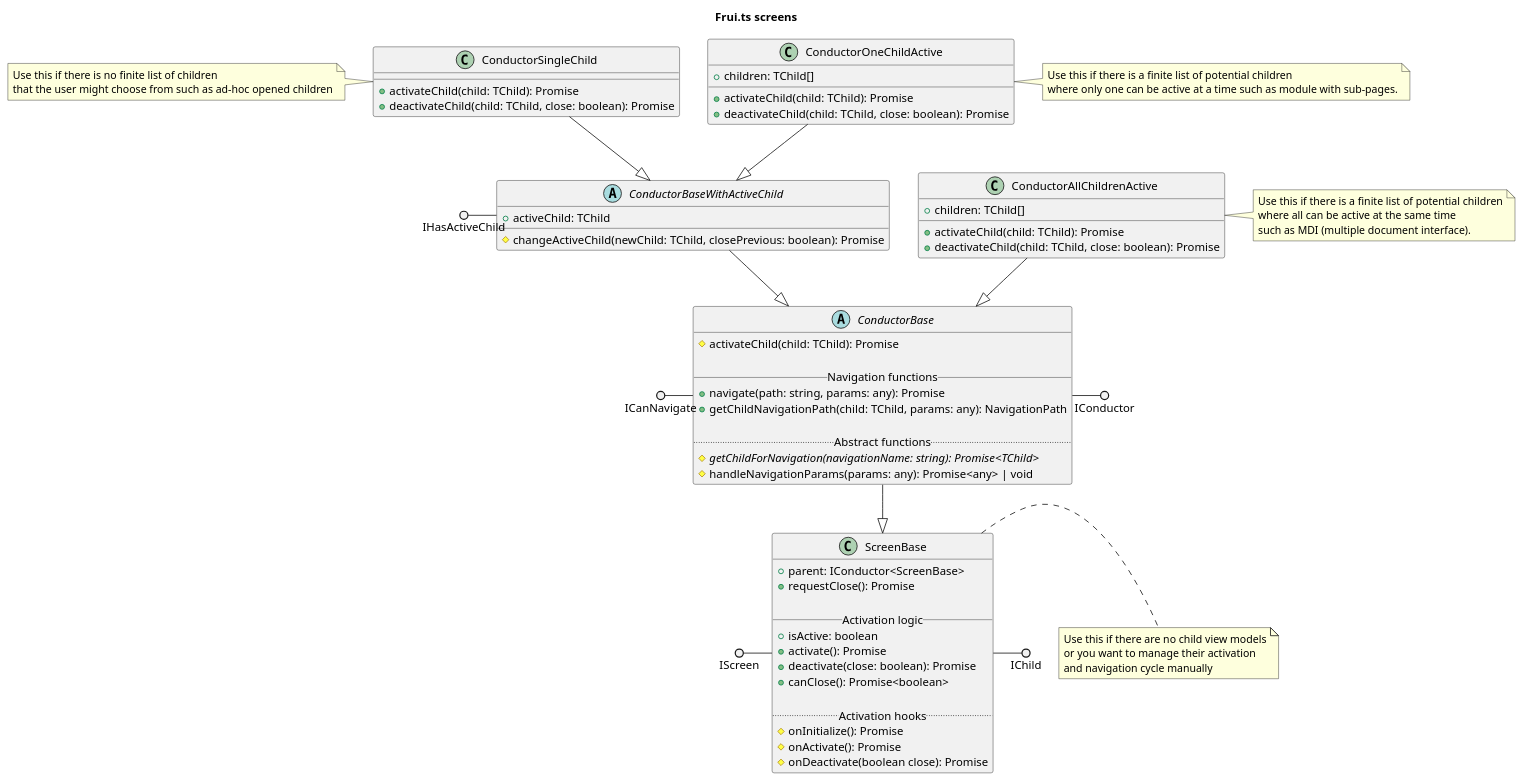
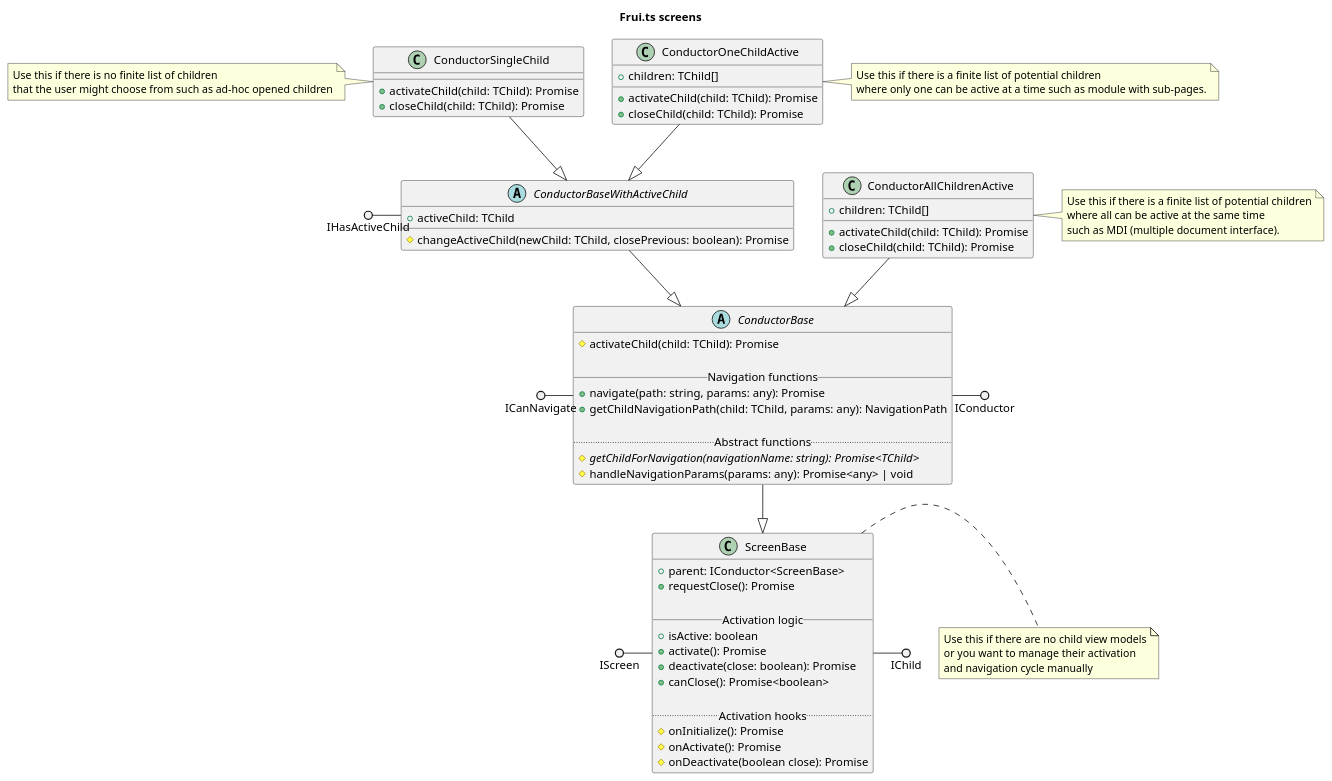
Before and after one commit to eManPrague/frui.ts: the diagram in packages/screens/classes.puml, drawn with PlantUML. The commit also changed 63 other files, not shown here.

```diff
--- a/packages/screens/classes.puml
+++ b/packages/screens/classes.puml
@@ -1,92 +1,92 @@
 @startuml
 
 title Frui.ts screens
 
 class ScreenBase {
   +parent: IConductor<ScreenBase>
   +requestClose(): Promise
 
   __ Activation logic __
   +isActive: boolean
   +activate(): Promise
   +deactivate(close: boolean): Promise
   +canClose(): Promise<boolean>
 
   .. Activation hooks ..
   #onInitialize(): Promise
   #onActivate(): Promise
   #onDeactivate(boolean close): Promise
 }
 note right
   Use this if there are no child view models
   or you want to manage their activation
   and navigation cycle manually
 end note
 
 IScreen ()- ScreenBase
 ScreenBase -() IChild
 
 abstract class ConductorBase {
   #activateChild(child: TChild): Promise
 
   __ Navigation functions __
   +navigate(path: string, params: any): Promise
   +getChildNavigationPath(child: TChild, params: any): NavigationPath
 
   .. Abstract functions ..
   #{abstract} getChildForNavigation(navigationName: string): Promise<TChild>
   #handleNavigationParams(params: any): Promise<any> | void
 }
 
 ConductorBase --|> ScreenBase
 ConductorBase -() IConductor
 ICanNavigate ()- ConductorBase
 
 abstract class ConductorBaseWithActiveChild {
   +activeChild: TChild
 
   #changeActiveChild(newChild: TChild, closePrevious: boolean): Promise
 }
 
 ConductorBaseWithActiveChild --|> ConductorBase
 IHasActiveChild ()- ConductorBaseWithActiveChild
 
 class ConductorSingleChild {
   +activateChild(child: TChild): Promise
-  +deactivateChild(child: TChild, close: boolean): Promise
+  +closeChild(child: TChild): Promise
 }
 note left
   Use this if there is no finite list of children
   that the user might choose from such as ad-hoc opened children
 end note
 
 ConductorSingleChild --|> ConductorBaseWithActiveChild
 
 class ConductorOneChildActive {
   +children: TChild[]
 
   +activateChild(child: TChild): Promise
-  +deactivateChild(child: TChild, close: boolean): Promise
+  +closeChild(child: TChild): Promise
 }
 note right
   Use this if there is a finite list of potential children
   where only one can be active at a time such as module with sub-pages.
 end note
 
 ConductorOneChildActive --|> ConductorBaseWithActiveChild
 
 class ConductorAllChildrenActive {
   +children: TChild[]
 
   +activateChild(child: TChild): Promise
-  +deactivateChild(child: TChild, close: boolean): Promise
+  +closeChild(child: TChild): Promise
 }
 note right
   Use this if there is a finite list of potential children
   where all can be active at the same time
   such as MDI (multiple document interface).
 end note
 
 ConductorAllChildrenActive --|> ConductorBase
 
 @enduml
```
